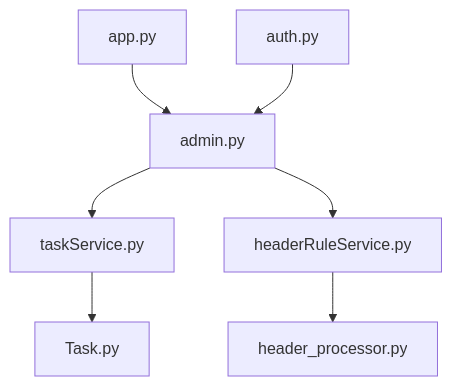
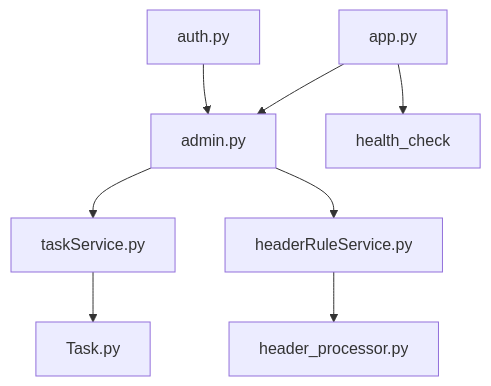
The first of 5 diagrams in .qoder/repowiki/zh/content/API端点参考/通用API/通用API.md (GitHubNull/sqlmapWebUI), drawn with Mermaid before and after one commit. The commit also changed other lines of this file and 20 other files, not shown here.

````diff
--- a/.qoder/repowiki/zh/content/API端点参考/通用API/通用API.md
+++ b/.qoder/repowiki/zh/content/API端点参考/通用API/通用API.md
@@ -31,9 +51,10 @@
 ```mermaid
 graph TD
 A[app.py] --> B[admin.py]
 B --> C[taskService.py]
 B --> D[headerRuleService.py]
 C --> E[Task.py]
 D --> F[header_processor.py]
 G[auth.py] --> B
+A --> H[health_check]
 ```
````
